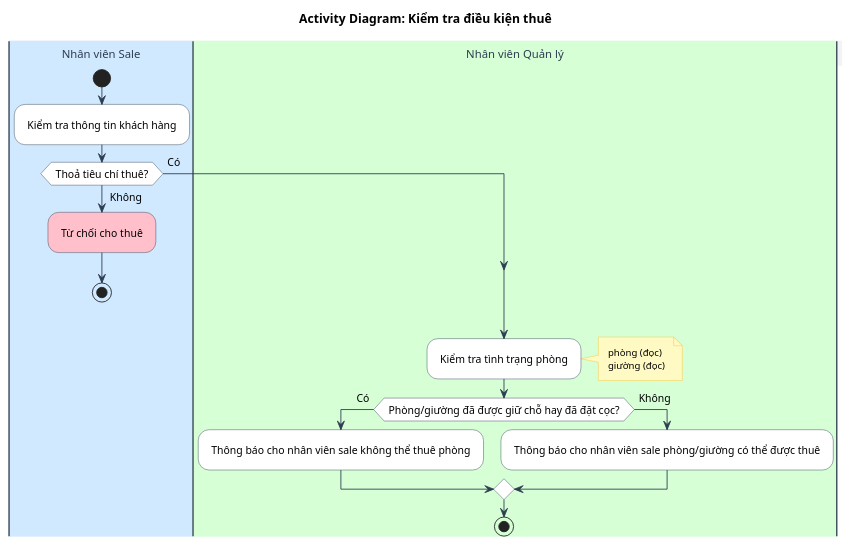
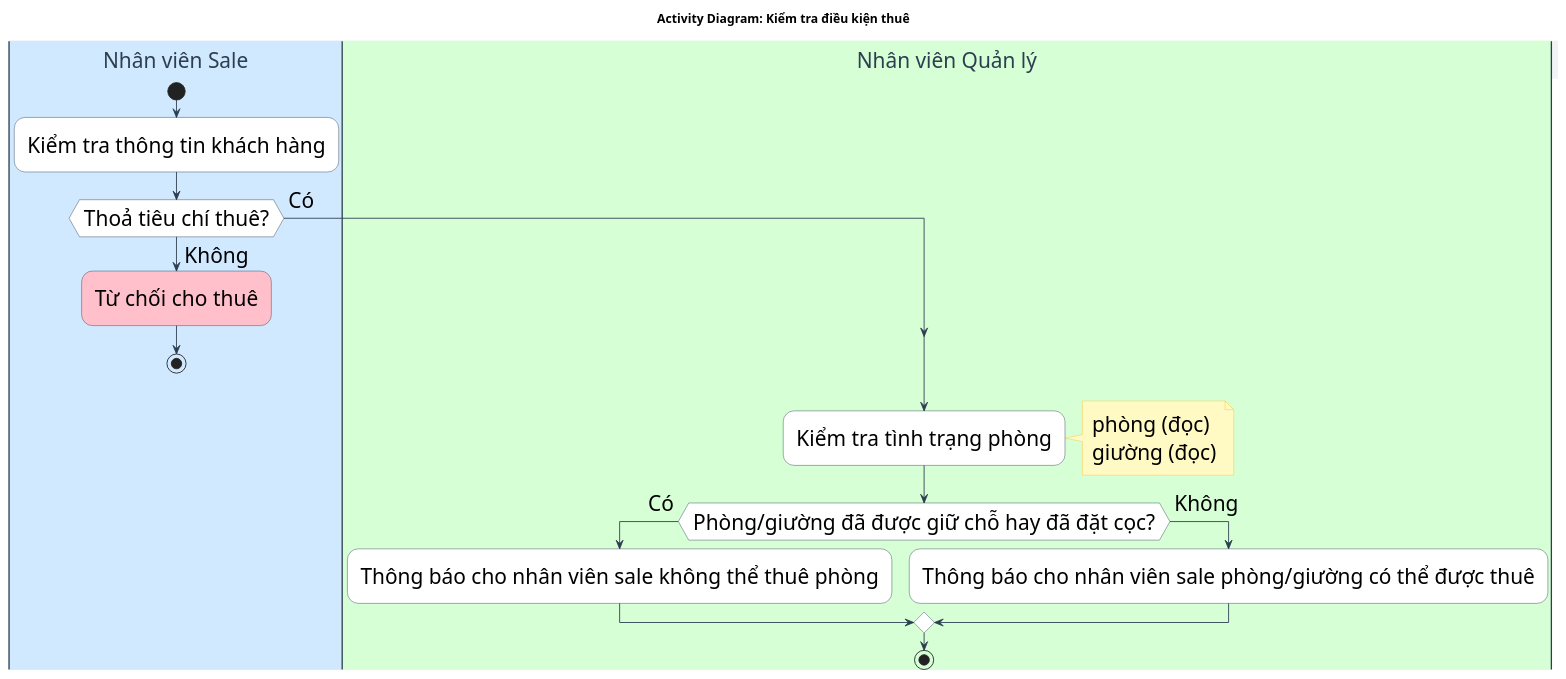
The diagram in doc/business/activity/kiem_tra_dieu_kien_thue.wsd (Gnourt812005/HCMUS-Analyze-and-desgin-IS), drawn with PlantUML before and after one commit. The commit also changed 11 other files, not shown here.

Commit message:
activity: increase font size

```diff
--- a/doc/business/activity/kiem_tra_dieu_kien_thue.wsd
+++ b/doc/business/activity/kiem_tra_dieu_kien_thue.wsd
@@ -1,55 +1,55 @@
 @startuml KiemTraDieuKienThue
 title Activity Diagram: Kiểm tra điều kiện thuê
 
 ' --- STYLE CONFIGURATION ---
 skinparam {
     ActivityBackgroundColor White
     ActivityBorderColor #2D3E50
     ArrowColor #2D3E50
     DefaultFontName "Arial"
-    DefaultFontSize 12
+    DefaultFontSize 24
     Padding 5
 
     ' Swimlane styling
     SwimlaneBorderColor #2D3E50
     SwimlaneTitleBackgroundColor #F1F3F5
-    SwimlaneTitleFontSize 13
+    SwimlaneTitleFontSize 24
     SwimlaneTitleFontColor #2D3E50
     
     ' Note styling
     NoteBackgroundColor #FFF9C4
     NoteBorderColor #FBC02D
-    NoteFontSize 11
+    NoteFontSize 24
 }
 
 ' --- SWIMLANES ---
 |#D1E9FF|Nhân viên Sale|
 |#D6FFD6|Nhân viên Quản lý|
 
 
 |Nhân viên Sale|
 start
 :Kiểm tra thông tin khách hàng;
 
 if (Thoả tiêu chí thuê?) then (Không)
     #Pink:Từ chối cho thuê;
     stop
 else (Có)
 endif
 
 |Nhân viên Quản lý|
 :Kiểm tra tình trạng phòng;
 note right
     phòng (đọc)
     giường (đọc)
 end note
 
 if (Phòng/giường đã được giữ chỗ hay đã đặt cọc?) then (Có)
     :Thông báo cho nhân viên sale không thể thuê phòng;
 else (Không)
     :Thông báo cho nhân viên sale phòng/giường có thể được thuê;
 endif
 
 
 stop
 @enduml
```
